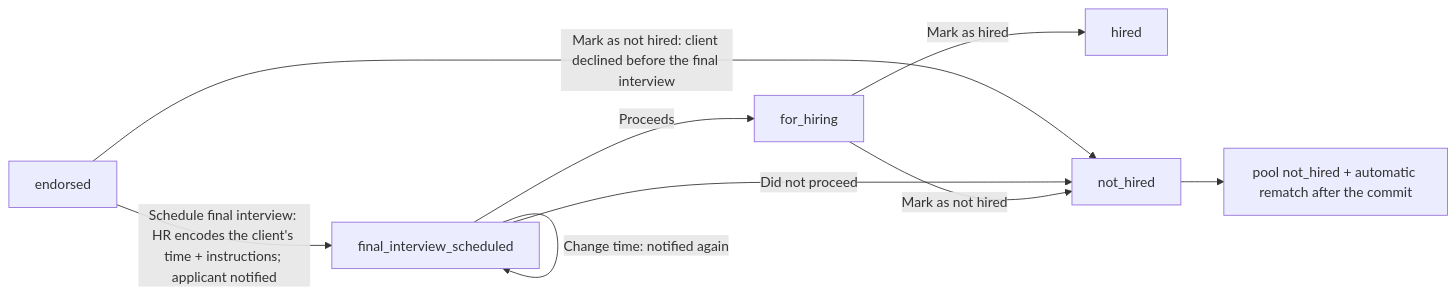
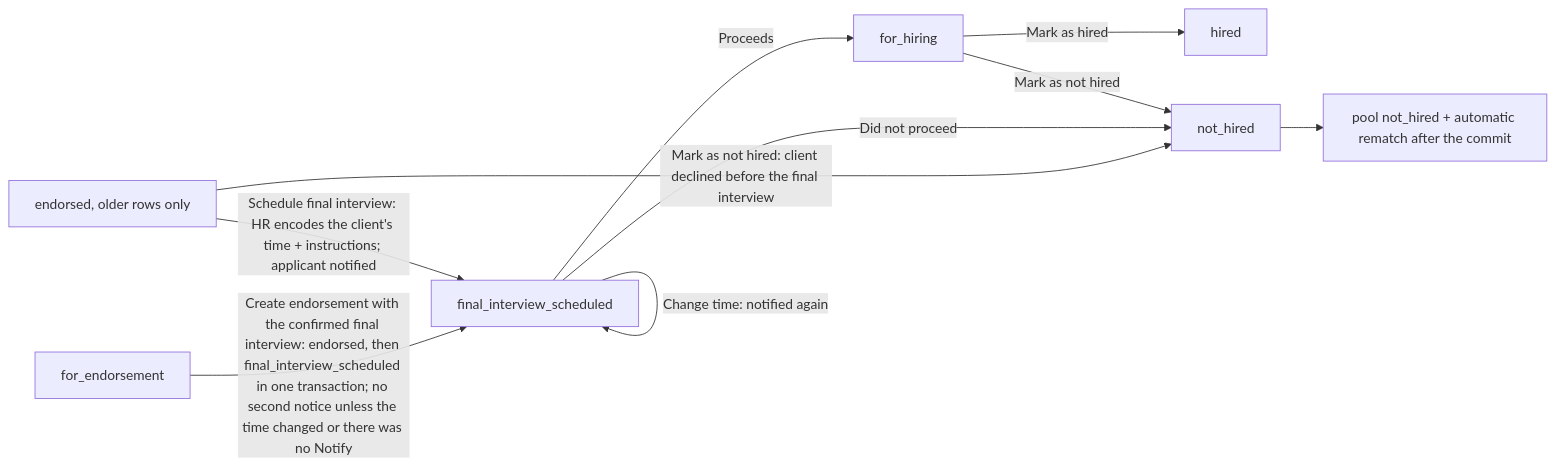
The seventh of 9 diagrams in docs/APP_FLOW.md (Aenyxxx/VERA), drawn with Mermaid before and after one commit. The commit also changed other lines of this file and 35 other files, not shown here.

Commit message:
feat(endorsements): decision 32 - final interview schedule in the Notify message, set at Create endorsement without a second notice (FR-END-03/04/05/07)

````diff
--- a/docs/APP_FLOW.md
+++ b/docs/APP_FLOW.md
@@ -277,11 +283,12 @@
   ```mermaid
   flowchart LR
-    E[endorsed] -->|Schedule final interview: HR encodes the client's time + instructions; applicant notified| F[final_interview_scheduled]
+    FE[for_endorsement] -->|Create endorsement with the confirmed final interview: endorsed, then final_interview_scheduled in one transaction; no second notice unless the time changed or there was no Notify| F[final_interview_scheduled]
+    E[endorsed, older rows only] -->|Schedule final interview: HR encodes the client's time + instructions; applicant notified| F
     F -->|Change time: notified again| F
     F -->|Proceeds| H[for_hiring]
     H -->|Mark as hired| HI[hired]
     E -->|Mark as not hired: client declined before the final interview| NH[not_hired]
     F -->|Did not proceed| NH
     H -->|Mark as not hired| NH
     NH --> R[pool not_hired + automatic rematch after the commit]
   ```
````
